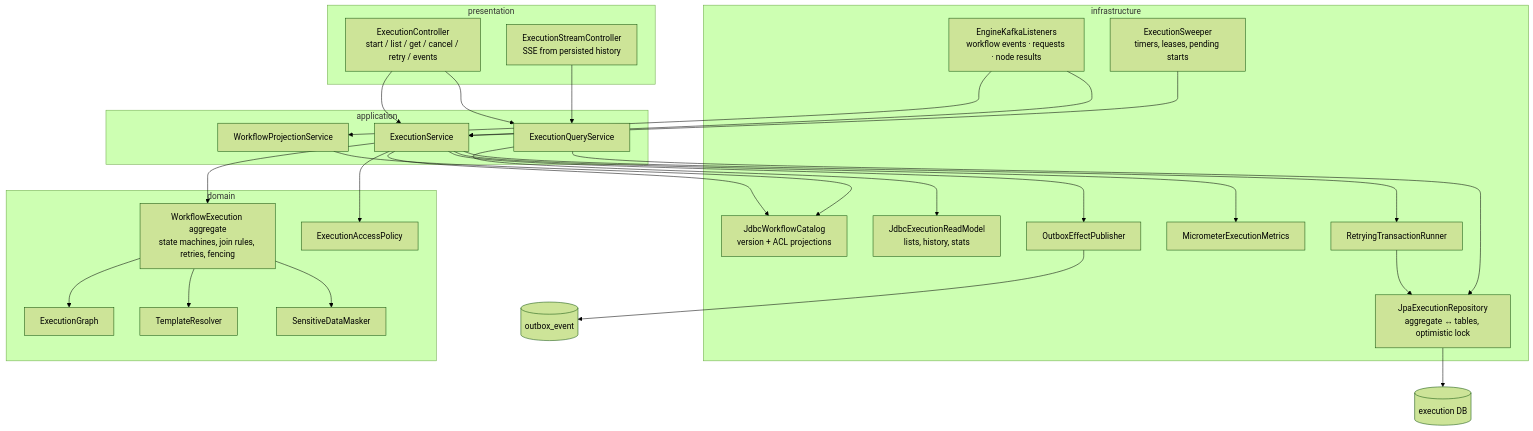
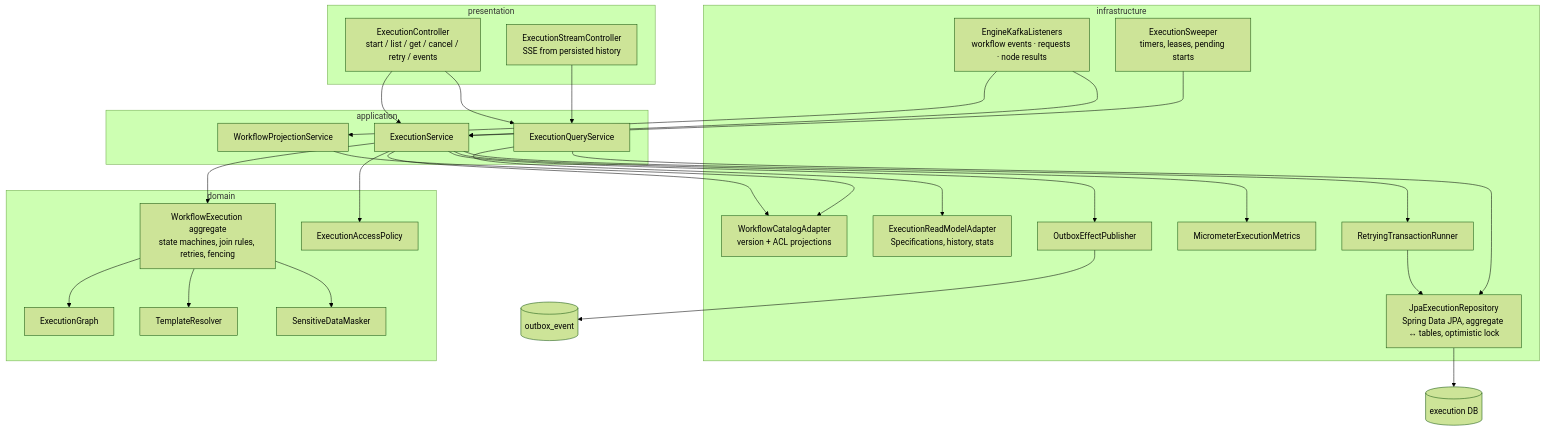
Before and after one commit to MohamedElmasrar/workflows-engine: the diagram in docs/architecture/execution-engine-components.md, drawn with Mermaid (forest theme). The commit also changed other lines of this file and 95 other files, not shown here.

Commit message:
Lombok for entities, beans and loggers; Spring Data JPA in engine and trigger service (SQL kept for atomic coordination)

````diff
--- a/docs/architecture/execution-engine-components.md
+++ b/docs/architecture/execution-engine-components.md
@@ -3,42 +3,42 @@
 ```mermaid
 flowchart TB
   subgraph presentation
     REST[ExecutionController<br/>start / list / get / cancel / retry / events]
     SSE[ExecutionStreamController<br/>SSE from persisted history]
   end
   subgraph infrastructure
     KL[EngineKafkaListeners<br/>workflow events · requests · node results]
     SW[ExecutionSweeper<br/>timers, leases, pending starts]
-    REPO[JpaExecutionRepository<br/>aggregate ↔ tables, optimistic lock]
-    CAT[JdbcWorkflowCatalog<br/>version + ACL projections]
-    RM[JdbcExecutionReadModel<br/>lists, history, stats]
+    REPO[JpaExecutionRepository<br/>Spring Data JPA, aggregate ↔ tables, optimistic lock]
+    CAT[WorkflowCatalogAdapter<br/>version + ACL projections]
+    RM[ExecutionReadModelAdapter<br/>Specifications, history, stats]
     OUT[OutboxEffectPublisher]
     MET[MicrometerExecutionMetrics]
     TX[RetryingTransactionRunner]
   end
   subgraph application
     ES[ExecutionService]
     PS[WorkflowProjectionService]
     QS[ExecutionQueryService]
   end
   subgraph domain
     AGG[WorkflowExecution aggregate<br/>state machines, join rules, retries, fencing]
     G[ExecutionGraph]
     TPL[TemplateResolver]
     MASK[SensitiveDataMasker]
     POL[ExecutionAccessPolicy]
   end
   REST --> ES & QS
   SSE --> QS
   KL --> ES & PS
   SW --> ES
   ES --> TX --> REPO
   ES --> AGG
   AGG --> G & TPL & MASK
   ES --> CAT & OUT & MET
   ES --> POL
   QS --> RM & REPO
   PS --> CAT
   OUT --> OB[(outbox_event)]
   REPO --> DB[(execution DB)]
 ```
````
